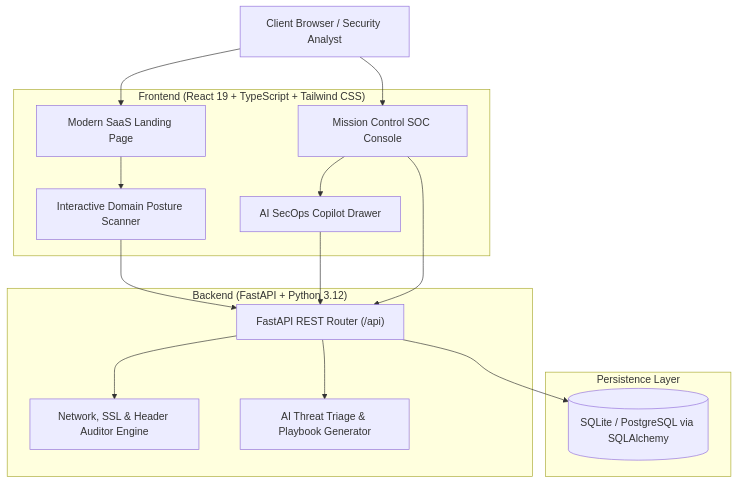
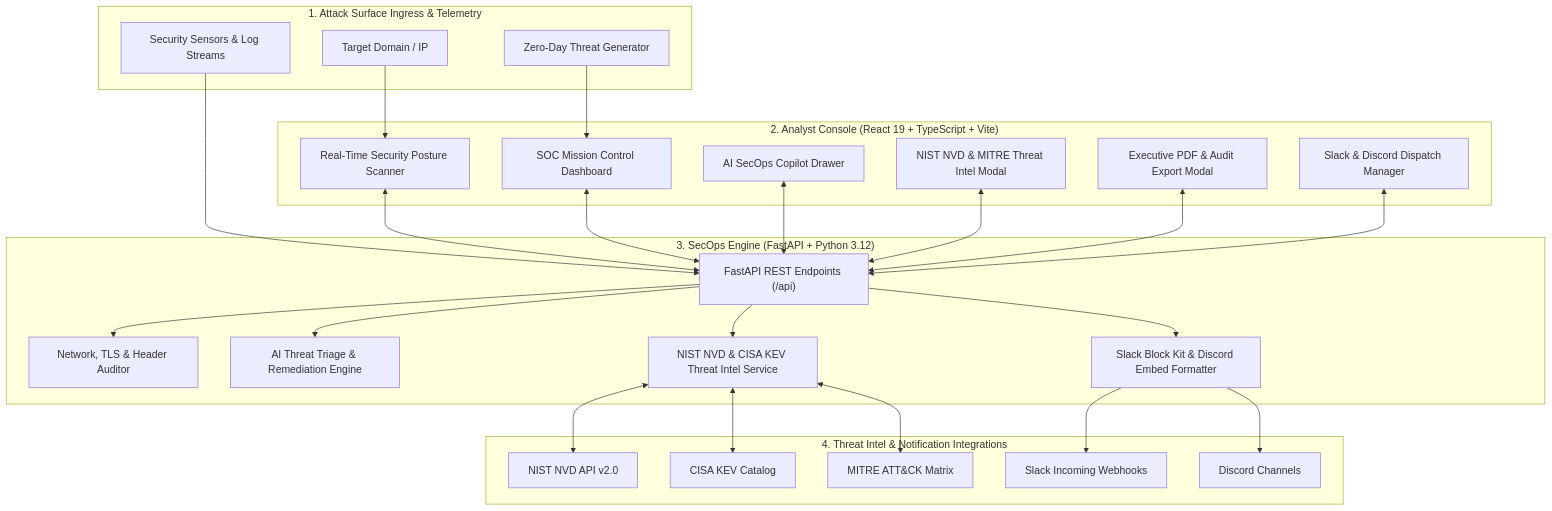
Before and after one commit to sidetech311-hash/aegispulse-ai: the diagram in README.md, drawn with Mermaid. The commit also changed other lines of this file and 2 other files, not shown here.

Commit message:
docs(showcase): add live demo badges, architecture flowchart, feature matrix, MIT license, and CI pipeline

````diff
--- a/README.md
+++ b/README.md
@@ -17,32 +42,55 @@
 ```mermaid
-graph TD
-    Client["Client Browser / Security Analyst"]
-    
-    subgraph Frontend ["Frontend (React 19 + TypeScript + Tailwind CSS)"]
-        Landing["Modern SaaS Landing Page"]
-        ScannerWidget["Interactive Domain Posture Scanner"]
-        SOCDashboard["Mission Control SOC Console"]
-        CopilotDrawer["AI SecOps Copilot Drawer"]
-    end
-    
-    subgraph Backend ["Backend (FastAPI + Python 3.12)"]
-        Router["FastAPI REST Router (/api)"]
-        ScannerEngine["Network, SSL & Header Auditor Engine"]
-        CopilotEngine["AI Threat Triage & Playbook Generator"]
-    end
-    
-    subgraph Database ["Persistence Layer"]
-        DB[(SQLite / PostgreSQL via SQLAlchemy)]
+flowchart TD
+    subgraph Ingress ["1. Attack Surface Ingress & Telemetry"]
+        UserDomain["Target Domain / IP"]
+        SimEngine["Zero-Day Threat Generator"]
+        SecSensors["Security Sensors & Log Streams"]
     end
 
-    Client --> Landing
-    Client --> SOCDashboard
-    Landing --> ScannerWidget
-    SOCDashboard --> CopilotDrawer
-    ScannerWidget --> Router
-    CopilotDrawer --> Router
-    SOCDashboard --> Router
-    Router --> ScannerEngine
-    Router --> CopilotEngine
-    Router --> DB
+    subgraph Frontend ["2. Analyst Console (React 19 + TypeScript + Vite)"]
+        Dashboard["SOC Mission Control Dashboard"]
+        ScannerUI["Real-Time Security Posture Scanner"]
+        CopilotDrawer["AI SecOps Copilot Drawer"]
+        CVEModal["NIST NVD & MITRE Threat Intel Modal"]
+        AuditModal["Executive PDF & Audit Export Modal"]
+        WebhookModal["Slack & Discord Dispatch Manager"]
+    end
+
+    subgraph Backend ["3. SecOps Engine (FastAPI + Python 3.12)"]
+        APIRouter["FastAPI REST Endpoints (/api)"]
+        ScannerCore["Network, TLS & Header Auditor"]
+        AICore["AI Threat Triage & Remediation Engine"]
+        ThreatIntel["NIST NVD & CISA KEV Threat Intel Service"]
+        WebhookService["Slack Block Kit & Discord Embed Formatter"]
+    end
+
+    subgraph External ["4. Threat Intel & Notification Integrations"]
+        NVD["NIST NVD API v2.0"]
+        CISA["CISA KEV Catalog"]
+        MITRE["MITRE ATT&CK Matrix"]
+        Slack["Slack Incoming Webhooks"]
+        Discord["Discord Channels"]
+    end
+
+    UserDomain --> ScannerUI
+    SimEngine --> Dashboard
+    SecSensors --> APIRouter
+    
+    ScannerUI <--> APIRouter
+    Dashboard <--> APIRouter
+    CopilotDrawer <--> APIRouter
+    CVEModal <--> APIRouter
+    AuditModal <--> APIRouter
+    WebhookModal <--> APIRouter
+
+    APIRouter --> ScannerCore
+    APIRouter --> AICore
+    APIRouter --> ThreatIntel
+    APIRouter --> WebhookService
+
+    ThreatIntel <--> NVD
+    ThreatIntel <--> CISA
+    ThreatIntel <--> MITRE
+    WebhookService --> Slack
+    WebhookService --> Discord
 ```
````
